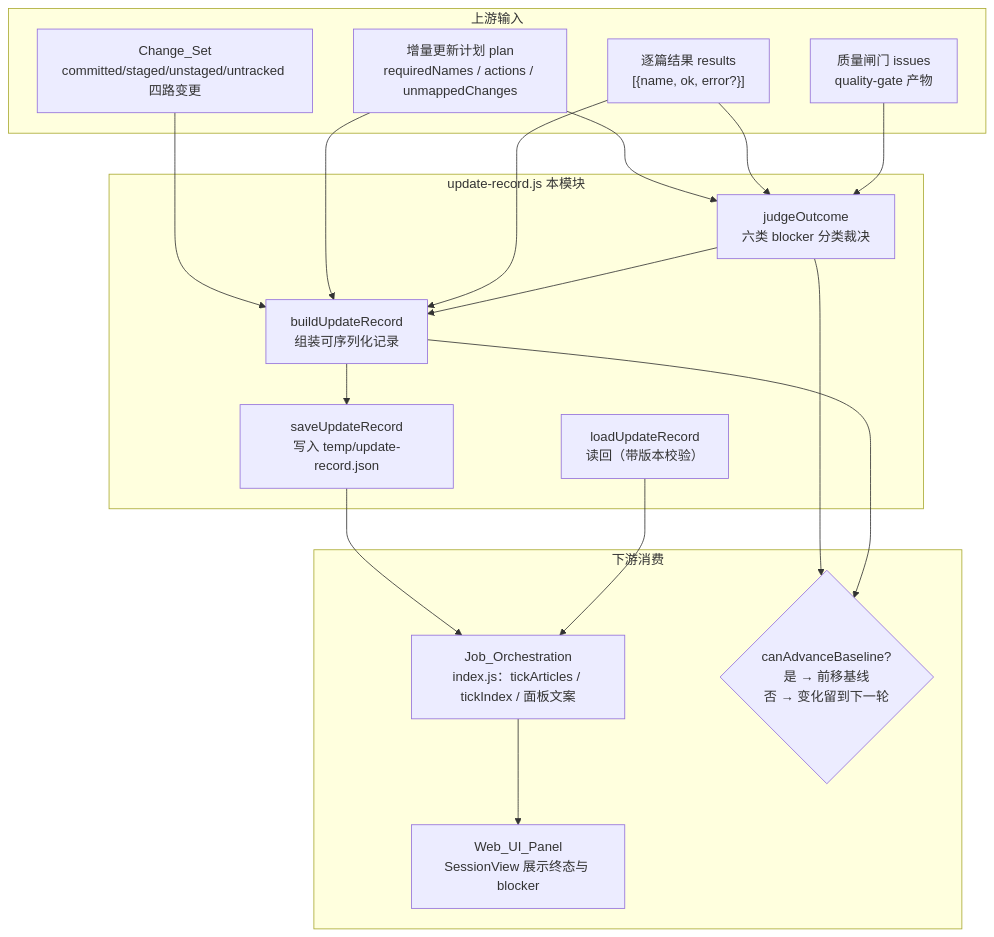
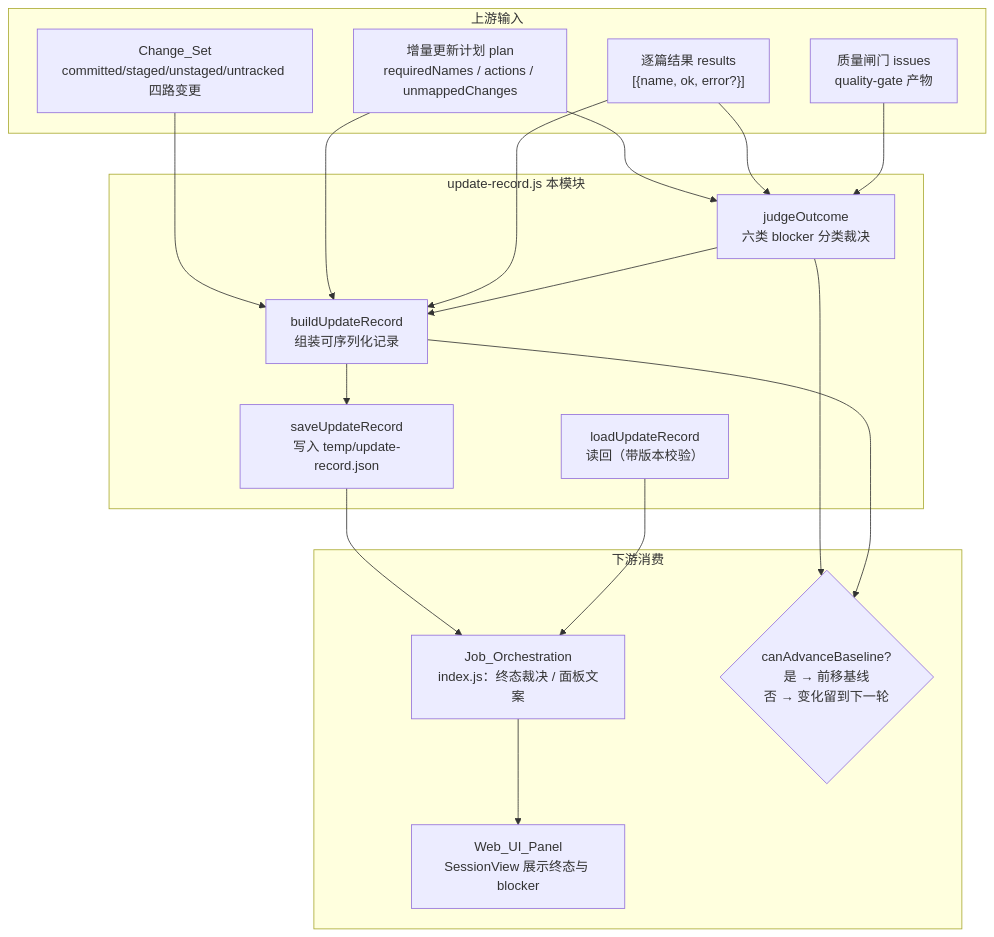
Before and after one commit to ikliml666/dsh-codewiki: the first of 6 diagrams in .codewiki/_techdocs/docs/Update_Record.md, drawn with Mermaid. The commit also changed other lines of this file and 70 other files, not shown here.

````diff
--- a/.codewiki/_techdocs/docs/Update_Record.md
+++ b/.codewiki/_techdocs/docs/Update_Record.md
@@ -26,36 +26,36 @@
 ```mermaid
 flowchart TB
     subgraph 上游输入
         CS["Change_Set<br/>committed/staged/unstaged/untracked 四路变更"]
         PLAN["增量更新计划 plan<br/>requiredNames / actions / unmappedChanges"]
         RES["逐篇结果 results<br/>[{name, ok, error?}]"]
         QG["质量闸门 issues<br/>quality-gate 产物"]
     end
 
     subgraph UR["update-record.js 本模块"]
         JO["judgeOutcome<br/>六类 blocker 分类裁决"]
         BU["buildUpdateRecord<br/>组装可序列化记录"]
         SAVE["saveUpdateRecord<br/>写入 temp/update-record.json"]
         LOAD["loadUpdateRecord<br/>读回（带版本校验）"]
     end
 
     subgraph 下游消费
-        JOB["Job_Orchestration<br/>index.js：tickArticles / tickIndex / 面板文案"]
+        JOB["Job_Orchestration<br/>index.js：终态裁决 / 面板文案"]
         PANEL["Web_UI_Panel<br/>SessionView 展示终态与 blocker"]
         BASELINE{"canAdvanceBaseline?<br/>是 → 前移基线<br/>否 → 变化留到下一轮"}
     end
 
     CS --> BU
     PLAN --> JO
     PLAN --> BU
     RES --> JO
     RES --> BU
     QG --> JO
     JO --> BU
     BU --> SAVE
     SAVE --> JOB
     LOAD --> JOB
     JO --> BASELINE
     BU --> BASELINE
     JOB --> PANEL
 ```
````
